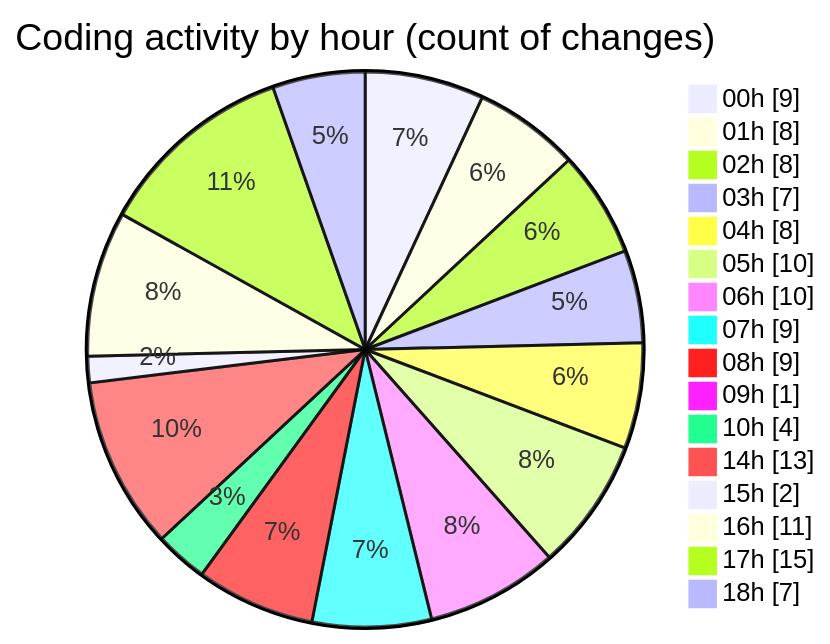
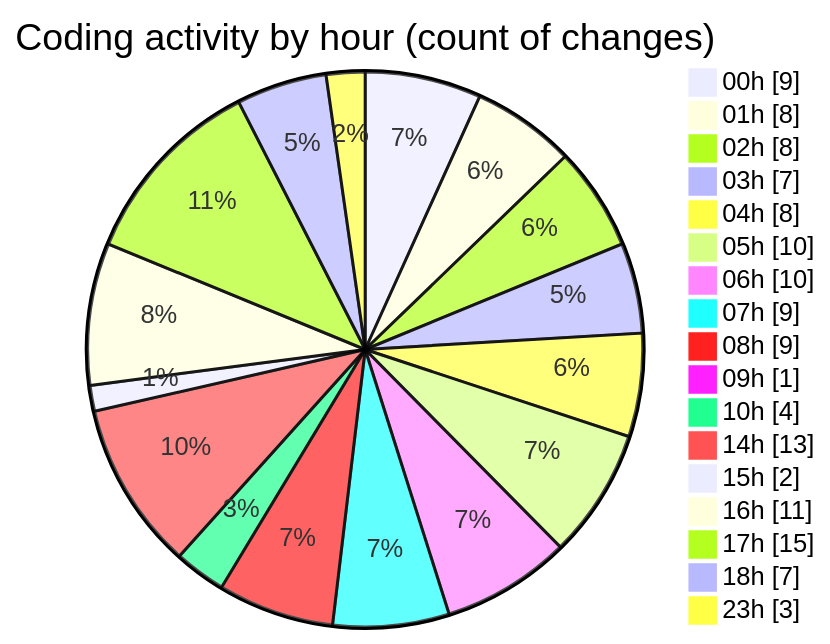
One commit to jrari/code-tracking changed the second of 2 diagrams in 2025-07-14/telebot/README.md. Above: the diagram before and after it, drawn with Mermaid. The commit also changed other lines of this file and 1 other file, not shown here.

````diff
--- a/2025-07-14/telebot/README.md
+++ b/2025-07-14/telebot/README.md
@@ -76,20 +76,21 @@
 ```mermaid
 pie showData
 title Coding activity by hour (count of changes)
 "00h" : 9
 "01h" : 8
 "02h" : 8
 "03h" : 7
 "04h" : 8
 "05h" : 10
 "06h" : 10
 "07h" : 9
 "08h" : 9
 "09h" : 1
 "10h" : 4
 "14h" : 13
 "15h" : 2
 "16h" : 11
 "17h" : 15
 "18h" : 7
+"23h" : 3
 ```
````
